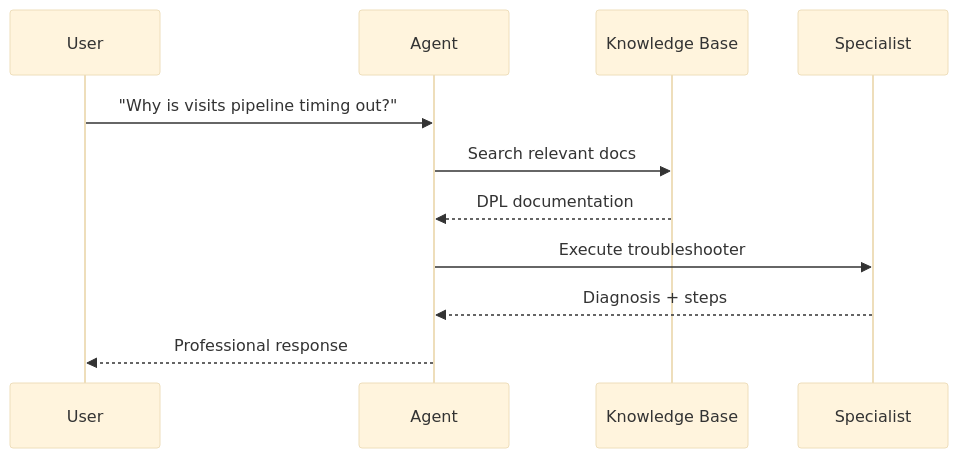
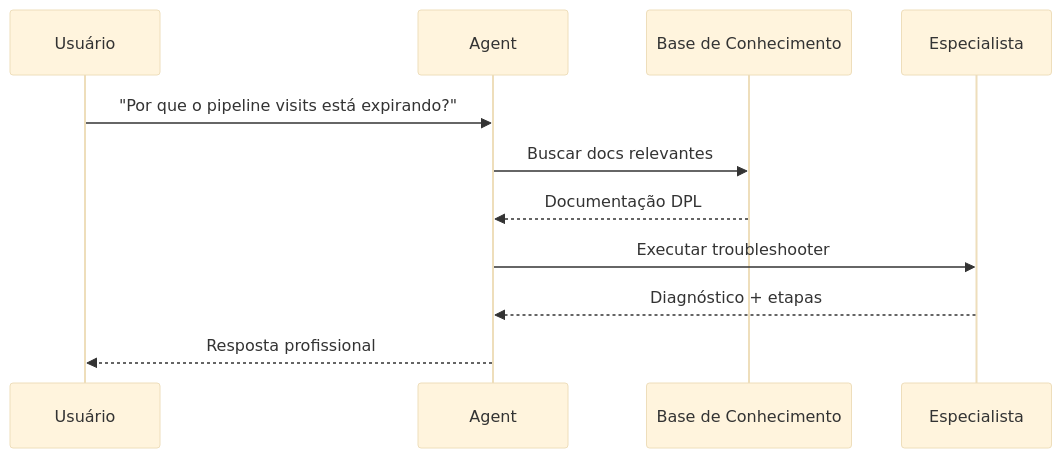
One commit to VictorCappelletto/data_agent_ia_01 changed the second of 11 diagrams in docs/architecture/agent-flow.md. Above: the diagram before and after it, drawn with Mermaid (base theme). The commit also changed other lines of this file and 11 other files, not shown here.

````diff
--- a/docs/architecture/agent-flow.md
+++ b/docs/architecture/agent-flow.md
@@ -29,14 +29,14 @@
 ```mermaid
 sequenceDiagram
-    participant User
+    participant Usuário
     participant Agent
-    participant KB as Knowledge Base
-    participant Specialist
+    participant BC as Base de Conhecimento
+    participant Especialista
     
-    User->>Agent: "Why is visits pipeline timing out?"
-    Agent->>KB: Search relevant docs
-    KB-->>Agent: DPL documentation
-    Agent->>Specialist: Execute troubleshooter
-    Specialist-->>Agent: Diagnosis + steps
-    Agent-->>User: Professional response
+    Usuário->>Agent: "Por que o pipeline visits está expirando?"
+    Agent->>BC: Buscar docs relevantes
+    BC-->>Agent: Documentação DPL
+    Agent->>Especialista: Executar troubleshooter
+    Especialista-->>Agent: Diagnóstico + etapas
+    Agent-->>Usuário: Resposta profissional
 ```
````
